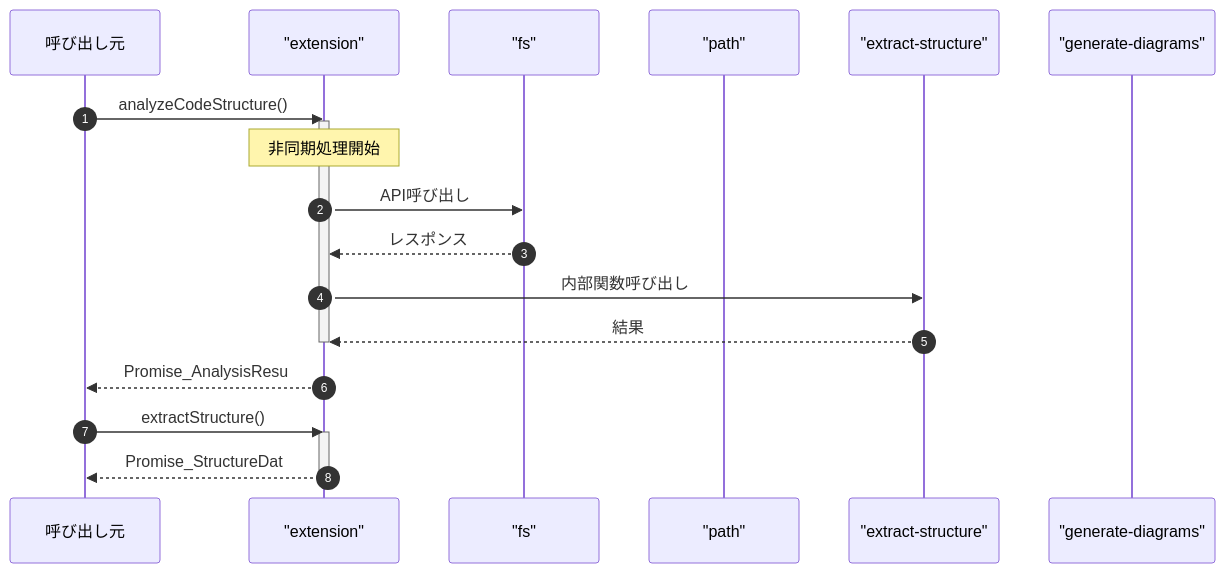
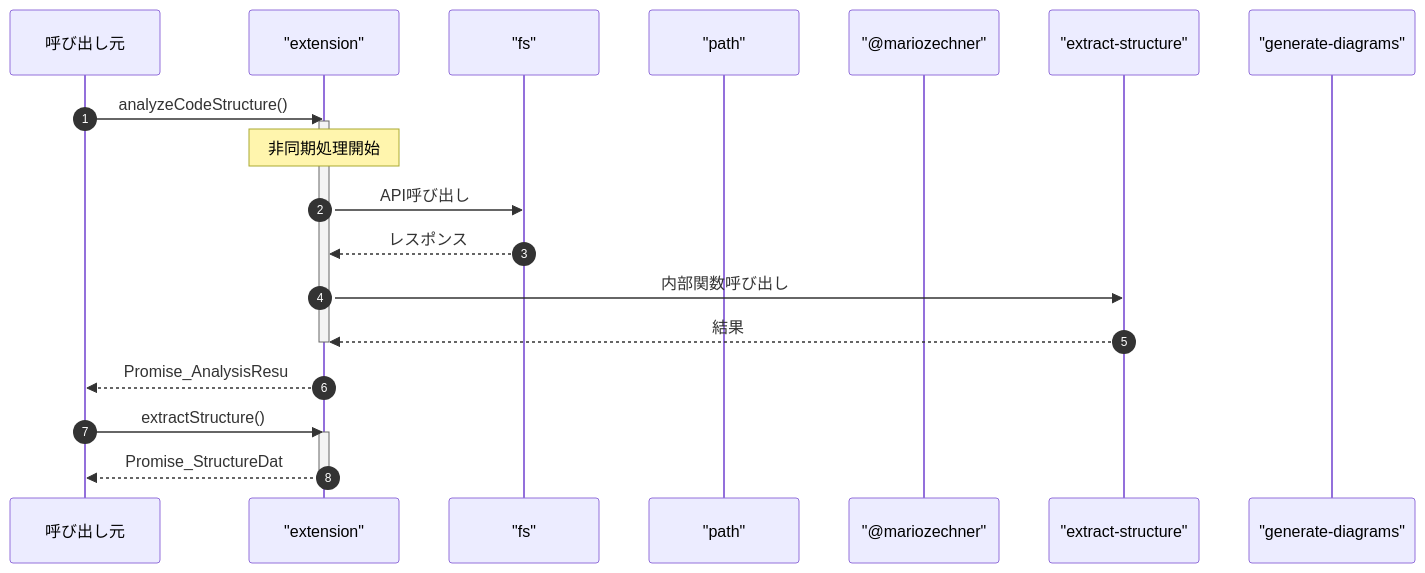
Before and after one commit to Mekann2904/mekann: the eighth of 8 diagrams in ABDD/.pi/extensions/code-structure-analyzer/extension.md, drawn with Mermaid. The commit also changed other lines of this file and 205 other files, not shown here.

````diff
--- a/ABDD/.pi/extensions/code-structure-analyzer/extension.md
+++ b/ABDD/.pi/extensions/code-structure-analyzer/extension.md
@@ -94,25 +221,26 @@
 ```mermaid
 sequenceDiagram
   autonumber
   participant Caller as 呼び出し元
   participant extension as "extension"
   participant fs as "fs"
   participant path as "path"
+  participant mariozechner as "@mariozechner"
   participant extract_structure as "extract-structure"
   participant generate_diagrams as "generate-diagrams"
 
   Caller->>extension: analyzeCodeStructure()
   activate extension
   Note over extension: 非同期処理開始
   extension->>fs: API呼び出し
   fs-->>extension: レスポンス
   extension->>extract_structure: 内部関数呼び出し
   extract_structure-->>extension: 結果
   deactivate extension
   extension-->>Caller: Promise_AnalysisResu
 
   Caller->>extension: extractStructure()
   activate extension
   extension-->>Caller: Promise_StructureDat
   deactivate extension
 ```
````
